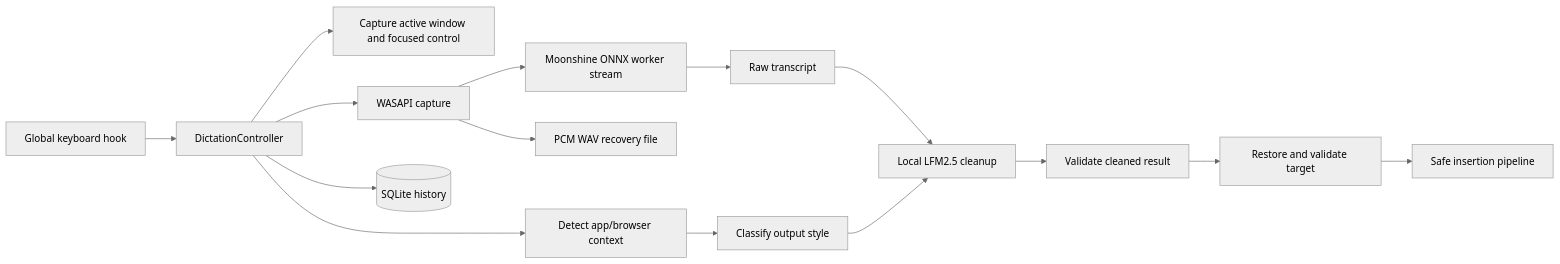
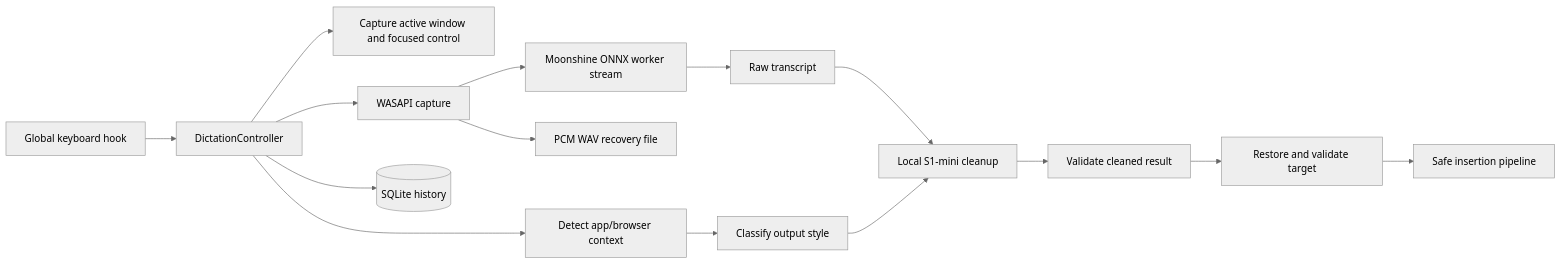
The diagram in docs/architecture.md (kpsr01/flow_local), drawn with Mermaid (neutral theme) before and after one commit. The commit also changed other lines of this file and 10 other files, not shown here.

Commit message:
switching slm from lfm to s1-mini

````diff
--- a/docs/architecture.md
+++ b/docs/architecture.md
@@ -15,17 +15,17 @@
 ```mermaid
 flowchart LR
   K[Global keyboard hook] --> C[DictationController]
   C --> T[Capture active window and focused control]
   C --> X[Detect app/browser context]
   X --> S[Classify output style]
   C --> A[WASAPI capture]
   A --> W[PCM WAV recovery file]
   A --> N[Moonshine ONNX worker stream]
   N --> R[Raw transcript]
-  R --> L[Local LFM2.5 cleanup]
+  R --> L[Local S1-mini cleanup]
   S --> L
   L --> V[Validate cleaned result]
   V --> I[Restore and validate target]
   I --> P[Safe insertion pipeline]
   C --> D[(SQLite history)]
 ```
````
